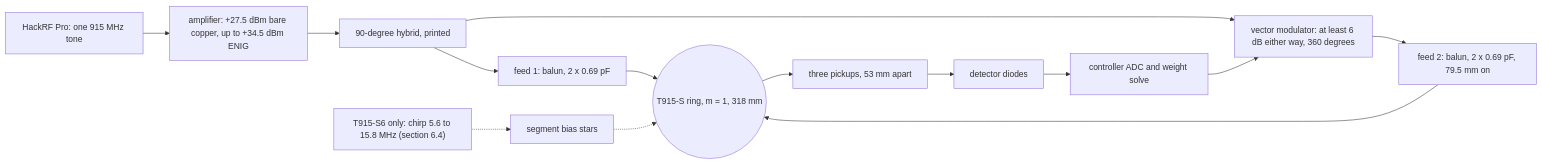
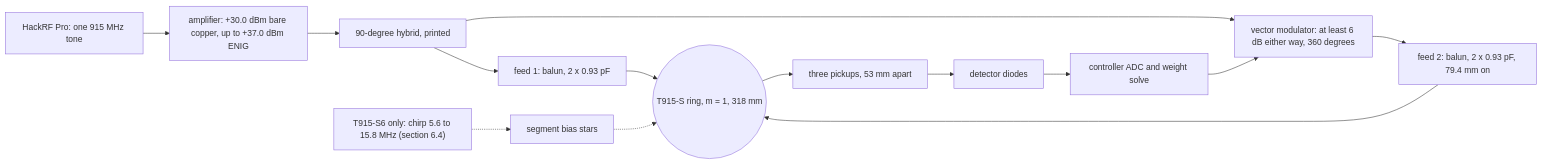
The first of 3 diagrams in docs/KNOTTED_GUIDE.md (ascalva/array16), drawn with Mermaid before and after one commit. The commit also changed other lines of this file and 15 other files, not shown here.

````diff
--- a/docs/KNOTTED_GUIDE.md
+++ b/docs/KNOTTED_GUIDE.md
@@ -602,16 +612,16 @@
 ```mermaid
 flowchart LR
-  H["HackRF Pro: one 915 MHz tone"] --> A["amplifier: +27.5 dBm bare copper, up to +34.5 dBm ENIG"]
+  H["HackRF Pro: one 915 MHz tone"] --> A["amplifier: +30.0 dBm bare copper, up to +37.0 dBm ENIG"]
   A --> Y["90-degree hybrid, printed"]
-  Y --> F1["feed 1: balun, 2 x 0.69 pF"]
+  Y --> F1["feed 1: balun, 2 x 0.93 pF"]
   Y --> M["vector modulator: at least 6 dB either way, 360 degrees"]
-  M --> F2["feed 2: balun, 2 x 0.69 pF, 79.5 mm on"]
+  M --> F2["feed 2: balun, 2 x 0.93 pF, 79.4 mm on"]
   F1 --> R(("T915-S ring, m = 1, 318 mm"))
   F2 --> R
   R --> P["three pickups, 53 mm apart"]
   P --> D["detector diodes"]
   D --> C["controller ADC and weight solve"]
   C --> M
   S["T915-S6 only: chirp 5.6 to 15.8 MHz (section 6.4)"] -.-> B["segment bias stars"]
   B -.-> R
 ```
````
